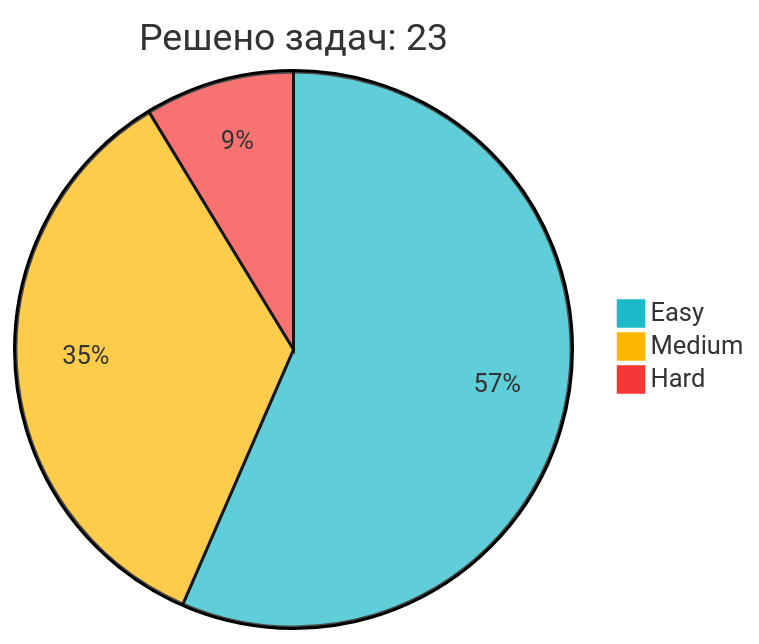
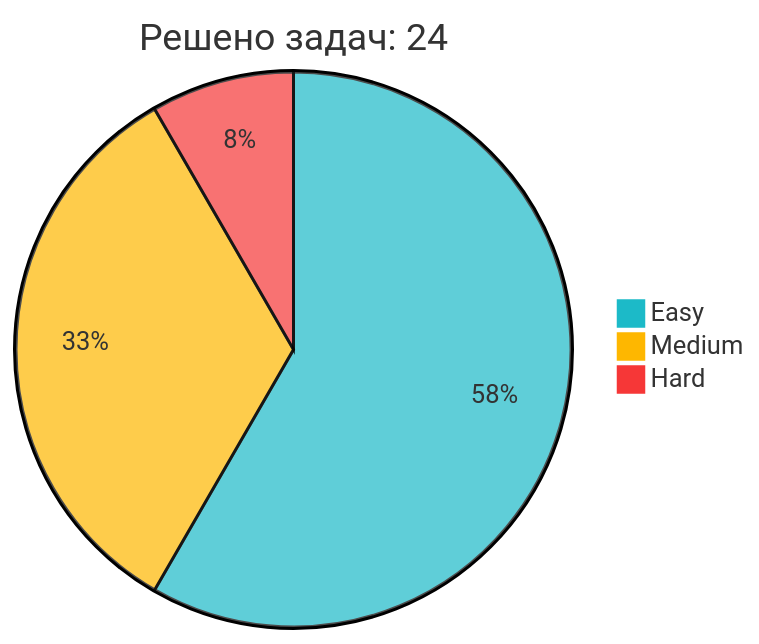
One commit to IliaKurdukov/IliaKurdukov changed the diagram in README.md. Above: the diagram before and after it, drawn with Mermaid. The commit also changed other lines of this file, not shown here.

Commit message:
📈 Обновление статистики LeetCode

````diff
--- a/README.md
+++ b/README.md
@@ -51,7 +51,7 @@
 ```mermaid
 %%{init: {'theme': 'base', 'themeVariables': { 'pie1': '#1CBAC8', 'pie2': '#FEB700', 'pie3': '#F63737' }, 'config': {'width': 300, 'height': 200}}}%%
-pie title Решено задач: 23
-   "Easy" : 13
+pie title Решено задач: 24
+   "Easy" : 14
    "Medium" : 8
    "Hard" : 2
 ```
````
